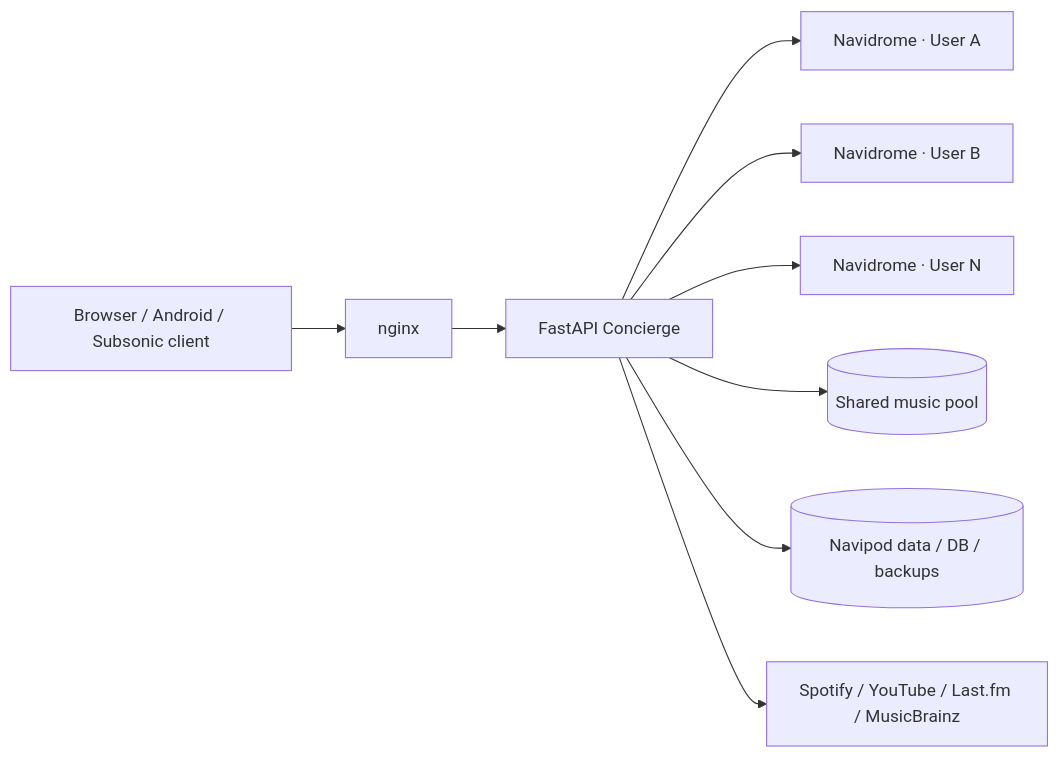
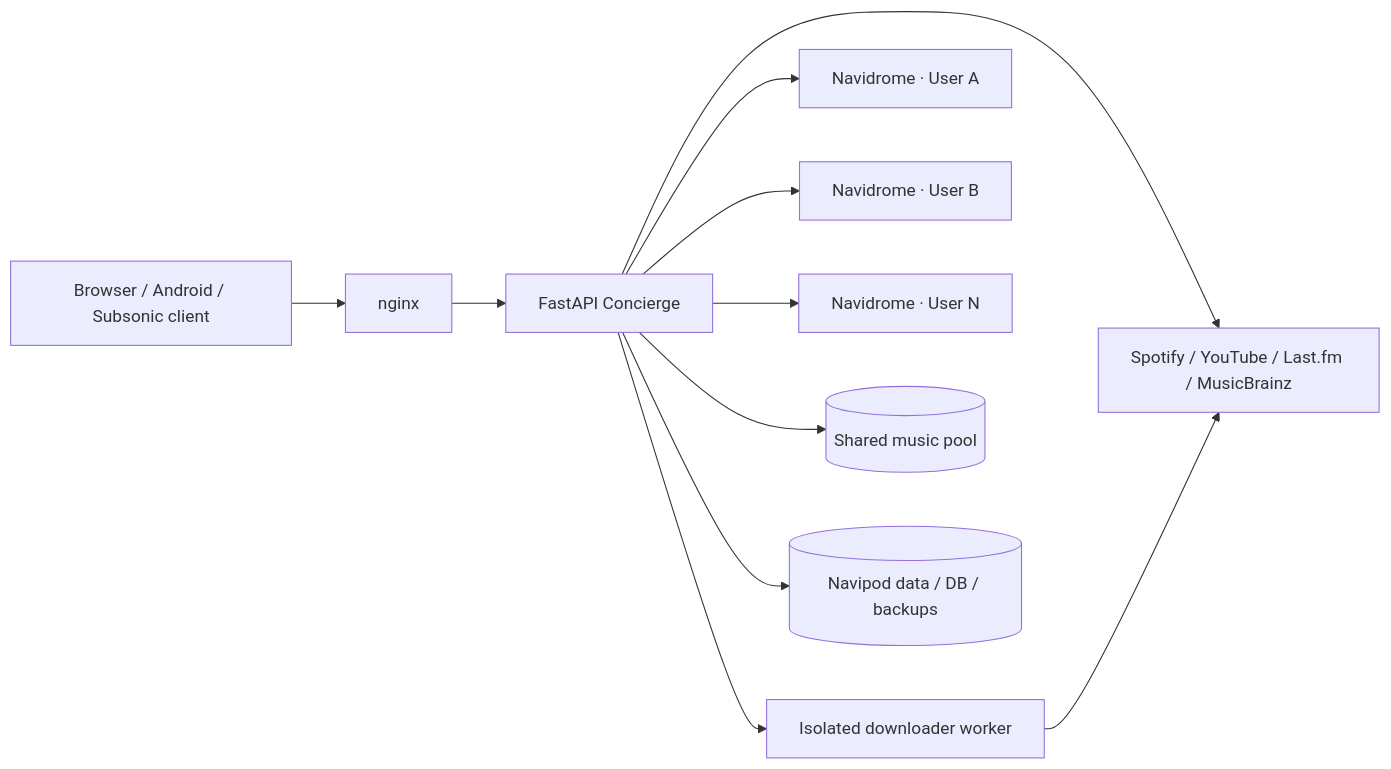
The diagram in README.md (sPROFFEs/Navipod), drawn with Mermaid before and after one commit. The commit also changed other lines of this file and 3 other files, not shown here.

````diff
--- a/README.md
+++ b/README.md
@@ -92,11 +94,13 @@
 ```mermaid
 flowchart LR
     C[Browser / Android / Subsonic client] --> N[nginx]
     N --> F[FastAPI Concierge]
+    F --> W[Isolated downloader worker]
     F --> U1[Navidrome · User A]
     F --> U2[Navidrome · User B]
     F --> UX[Navidrome · User N]
     F --> P[(Shared music pool)]
     F --> D[(Navipod data / DB / backups)]
     F --> R[Spotify / YouTube / Last.fm / MusicBrainz]
+    W --> R
 ```
````
